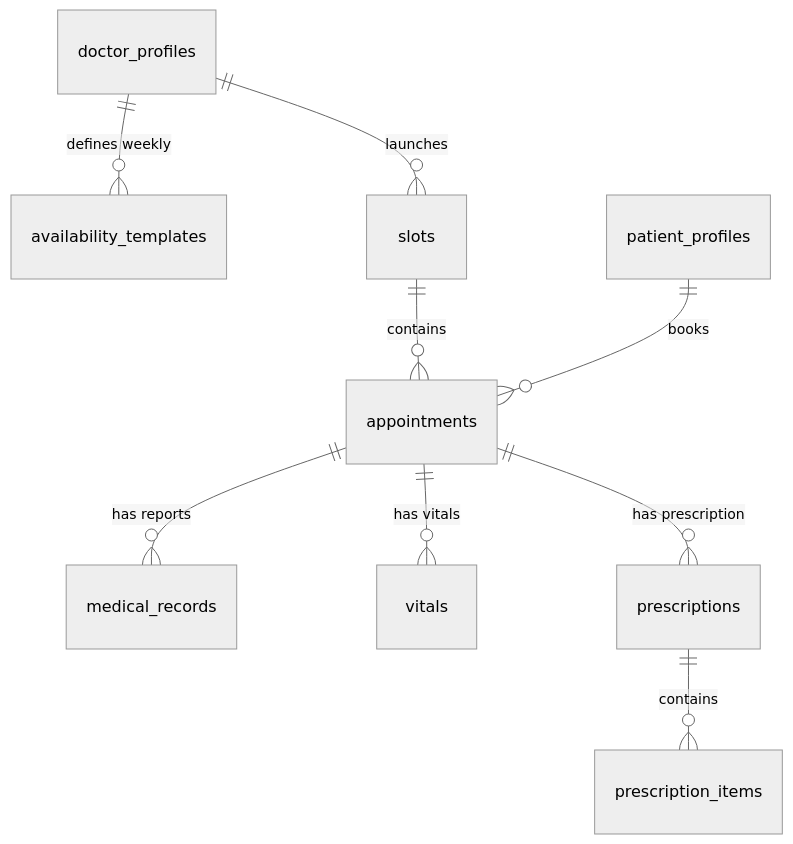
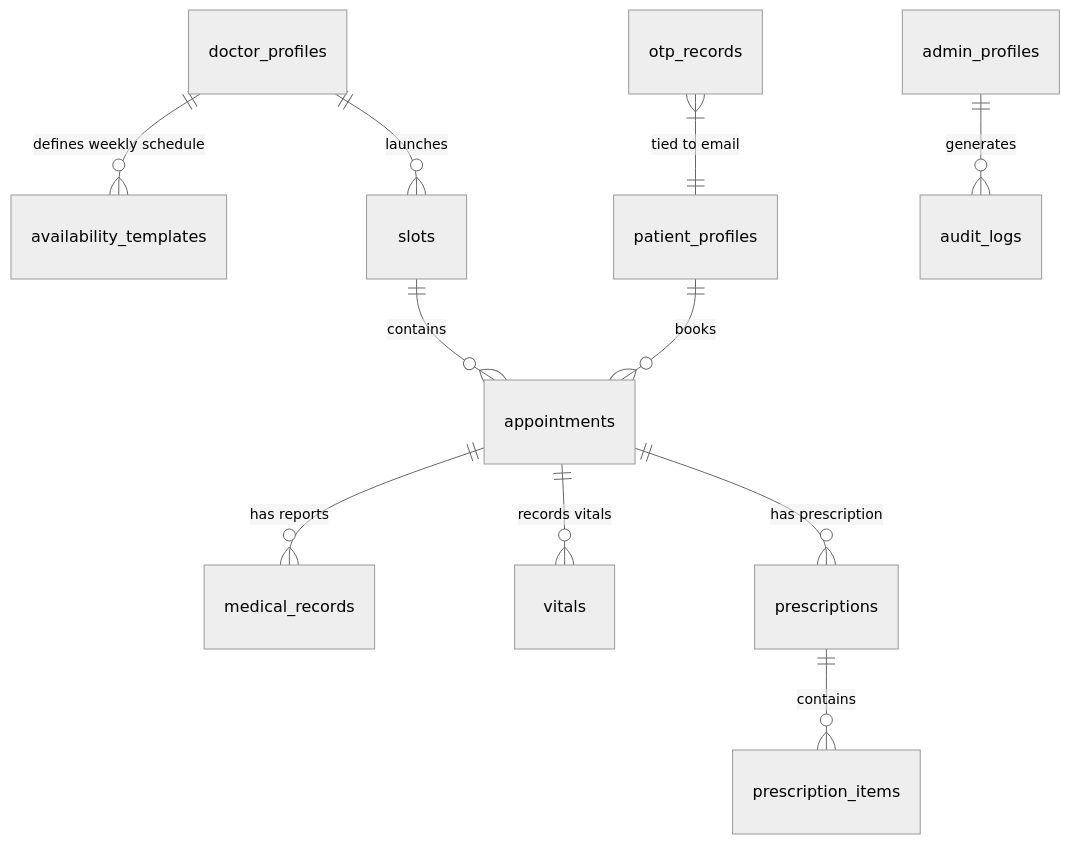
Before and after one commit to abhiyaligar/healthconnect: the diagram in docs/DATABASE_SCHEMA.md, drawn with Mermaid (neutral theme). The commit also changed other lines of this file and 6 other files, not shown here.

````diff
--- a/docs/DATABASE_SCHEMA.md
+++ b/docs/DATABASE_SCHEMA.md
@@ -117,11 +234,13 @@
 ```mermaid
 erDiagram
-    doctor_profiles ||--o{ availability_templates : "defines weekly"
+    doctor_profiles ||--o{ availability_templates : "defines weekly schedule"
     doctor_profiles ||--o{ slots : "launches"
-    slots ||--o{ appointments : contains
+    slots ||--o{ appointments : "contains"
     appointments ||--o{ medical_records : "has reports"
-    appointments ||--o{ vitals : "has vitals"
+    appointments ||--o{ vitals : "records vitals"
     appointments ||--o{ prescriptions : "has prescription"
     prescriptions ||--o{ prescription_items : "contains"
-    patient_profiles ||--o{ appointments : books
+    patient_profiles ||--o{ appointments : "books"
+    admin_profiles ||--o{ audit_logs : "generates"
+    otp_records }|--|| patient_profiles : "tied to email"
 ```
````
